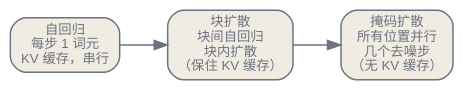
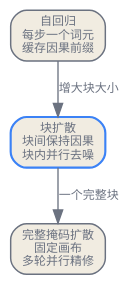
The diagram in zh/generative/02-nar-diffusion-lms.qmd (latere-ai/ai-as-an-infrastructure), drawn with Graphviz before and after one commit. The commit also changed other lines of this file and 2 other files, not shown here.

````diff
--- a/zh/generative/02-nar-diffusion-lms.qmd
+++ b/zh/generative/02-nar-diffusion-lms.qmd
@@ -47,16 +165,16 @@
 ```{dot}
 //| label: fig-nar-spectrum
-//| fig-cap: "从自回归到完全并行生成的演化线索。纯自回归每步发一个词元、并保有一个 KV 缓存；块扩散在块之间是自回归的（于是保住缓存与任意长度）、却在块内并行去噪；一个完整的掩码扩散模型在几轮去噪里并行解码每一个位置，以并行换掉缓存。取材自 Arriola 等（2025）。"
+//| fig-cap: "依赖结构：自回归按词元串行，块扩散在块之间串行，完整掩码扩散则反复精修固定画布。"
 digraph {
   bgcolor="transparent";
-  rankdir=LR;
-  nodesep=0.4; ranksep=0.5;
-  node [shape=box, style="rounded,filled", fontname="Helvetica", fontsize=10, color="#6b7280", fontcolor="#6b7280", fillcolor="#f1ece1", penwidth=1.1];
-  edge [fontsize=10, fontname="Helvetica", color="#6b7280", fontcolor="#6b7280"];
-  ar [label="自回归\n每步 1 词元\nKV 缓存，串行"];
-  bd [label="块扩散\n块间自回归\n块内扩散\n（保住 KV 缓存）"];
-  md [label="掩码扩散\n所有位置并行\n几个去噪步\n（无 KV 缓存）"];
-  ar -> bd;
-  bd -> md;
+  rankdir=TB;
+  nodesep=0.3; ranksep=0.45;
+  node [shape=box, style="rounded,filled", fontname="Helvetica", fontsize=9, color="#6b7280", fontcolor="#6b7280", fillcolor="#f1ece1", penwidth=1.1];
+  edge [fontsize=9, fontname="Helvetica", color="#6b7280", fontcolor="#6b7280"];
+  ar [label="自回归\n每步一个词元\n缓存因果前缀"];
+  bd [label="块扩散\n块间保持因果\n块内并行去噪", color="#3b82f6", penwidth=1.6];
+  md [label="完整掩码扩散\n固定画布\n多轮并行精修"];
+  ar -> bd [label="增大块大小"];
+  bd -> md [label="一个完整块"];
 }
 ```
````
